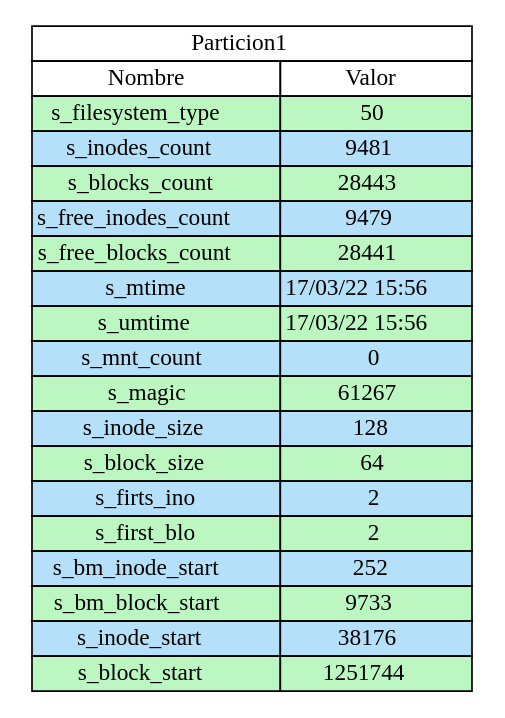
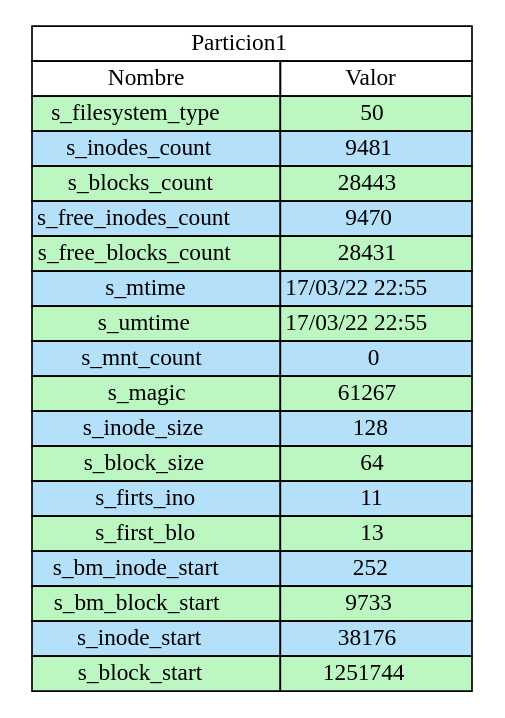
One commit to 2730538920101/P1_MIA_201709282 changed the diagram in superb_report.dot. Above: the diagram before and after it, drawn with Graphviz. The commit also changed 14 other files, not shown here.

```diff
--- a/superb_report.dot
+++ b/superb_report.dot
@@ -1,28 +1,28 @@
 digraph {
 tbl [
 shape=plaintext
  label=<
 <table border='0' cellborder='1' cellspacing='0'>
 <tr><td colspan="3">Particion1</td></tr>
 <th><td>Nombre</td><td>Valor</td></th>
 <tr><td bgcolor="#bcf7c1">s_filesystem_type</td><td bgcolor="#bcf7c1">50</td></tr>
 <tr><td bgcolor="#b4e0fa">s_inodes_count</td><td bgcolor="#b4e0fa">9481</td></tr>
 <tr><td bgcolor="#bcf7c1">s_blocks_count</td><td bgcolor="#bcf7c1">28443</td></tr>
-<tr><td bgcolor="#b4e0fa">s_free_inodes_count</td><td bgcolor="#b4e0fa">9479</td></tr>
-<tr><td bgcolor="#bcf7c1">s_free_blocks_count</td><td bgcolor="#bcf7c1">28441</td></tr>
-<tr><td bgcolor="#b4e0fa">s_mtime</td><td bgcolor="#b4e0fa">17/03/22 15:56</td></tr>
-<tr><td bgcolor="#bcf7c1">s_umtime</td><td bgcolor="#bcf7c1">17/03/22 15:56</td></tr>
+<tr><td bgcolor="#b4e0fa">s_free_inodes_count</td><td bgcolor="#b4e0fa">9470</td></tr>
+<tr><td bgcolor="#bcf7c1">s_free_blocks_count</td><td bgcolor="#bcf7c1">28431</td></tr>
+<tr><td bgcolor="#b4e0fa">s_mtime</td><td bgcolor="#b4e0fa">17/03/22 22:55</td></tr>
+<tr><td bgcolor="#bcf7c1">s_umtime</td><td bgcolor="#bcf7c1">17/03/22 22:55</td></tr>
 <tr><td bgcolor="#b4e0fa">s_mnt_count</td><td bgcolor="#b4e0fa">0</td></tr>
 <tr><td bgcolor="#bcf7c1">s_magic</td><td bgcolor="#bcf7c1">61267</td></tr>
 <tr><td bgcolor="#b4e0fa">s_inode_size</td><td bgcolor="#b4e0fa">128</td></tr>
 <tr><td bgcolor="#bcf7c1">s_block_size</td><td bgcolor="#bcf7c1">64</td></tr>
-<tr><td bgcolor="#b4e0fa">s_firts_ino</td><td bgcolor="#b4e0fa">2</td></tr>
-<tr><td bgcolor="#bcf7c1">s_first_blo</td><td bgcolor="#bcf7c1">2</td></tr>
+<tr><td bgcolor="#b4e0fa">s_firts_ino</td><td bgcolor="#b4e0fa">11</td></tr>
+<tr><td bgcolor="#bcf7c1">s_first_blo</td><td bgcolor="#bcf7c1">13</td></tr>
 <tr><td bgcolor="#b4e0fa">s_bm_inode_start</td><td bgcolor="#b4e0fa">252</td></tr>
 <tr><td bgcolor="#bcf7c1">s_bm_block_start</td><td bgcolor="#bcf7c1">9733</td></tr>
 <tr><td bgcolor="#b4e0fa">s_inode_start</td><td bgcolor="#b4e0fa">38176</td></tr>
 <tr><td bgcolor="#bcf7c1">s_block_start</td><td bgcolor="#bcf7c1">1251744</td></tr>
 </table>
 >];
 
 }
```
